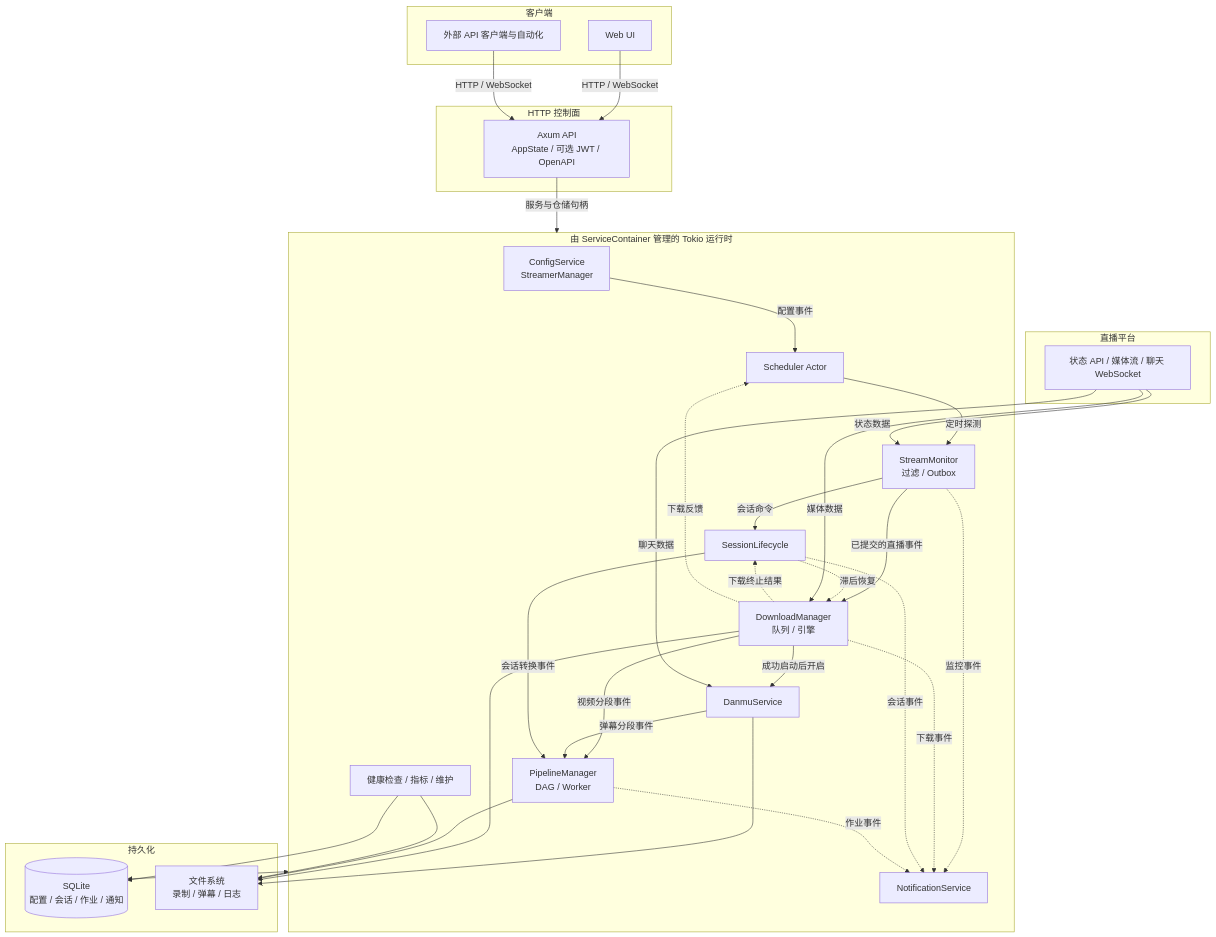
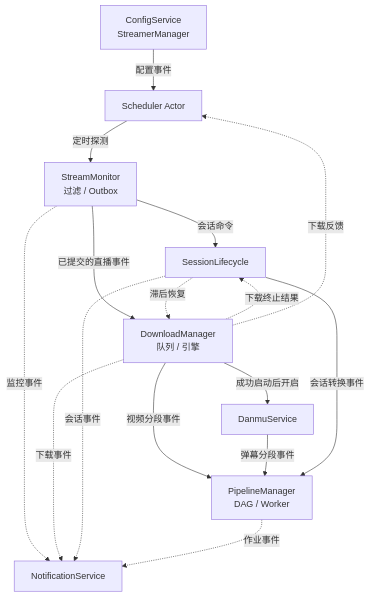
Before and after one commit to hua0512/rust-srec: the second of 4 diagrams in rust-srec/docs/zh/development/architecture.md, drawn with Mermaid. The commit also changed 3 other files, not shown here.

First line of the commit message:
docs: make large Mermaid diagrams readable

````diff
--- a/rust-srec/docs/zh/development/architecture.md
+++ b/rust-srec/docs/zh/development/architecture.md
@@ -7,64 +40,28 @@
 ```mermaid
 flowchart TB
-  subgraph Clients["客户端"]
-    FE["Web UI"]
-    EXT["外部 API 客户端与自动化"]
-  end
-
-  subgraph Control["HTTP 控制面"]
-    API["Axum API<br/>AppState / 可选 JWT / OpenAPI"]
-  end
-
-  subgraph Runtime["由 ServiceContainer 管理的 Tokio 运行时"]
-    CFG["ConfigService<br/>StreamerManager"]
-    SCH["Scheduler Actor"]
-    MON["StreamMonitor<br/>过滤 / Outbox"]
-    SESS["SessionLifecycle"]
-    DL["DownloadManager<br/>队列 / 引擎"]
-    DM["DanmuService"]
-    PL["PipelineManager<br/>DAG / Worker"]
-    NOTI["NotificationService"]
-    OPS["健康检查 / 指标 / 维护"]
-  end
-
-  subgraph Sources["直播平台"]
-    SRC["状态 API / 媒体流 / 聊天 WebSocket"]
-  end
-
-  subgraph Storage["持久化"]
-    DB[("SQLite<br/>配置 / 会话 / 作业 / 通知")]
-    FS["文件系统<br/>录制 / 弹幕 / 日志"]
-  end
-
-  FE -->|"HTTP / WebSocket"| API
-  EXT -->|"HTTP / WebSocket"| API
-  API -->|"服务与仓储句柄"| Runtime
+  CFG["ConfigService<br/>StreamerManager"]
+  SCH["Scheduler Actor"]
+  MON["StreamMonitor<br/>过滤 / Outbox"]
+  SESS["SessionLifecycle"]
+  DL["DownloadManager<br/>队列 / 引擎"]
+  DM["DanmuService"]
+  PL["PipelineManager<br/>DAG / Worker"]
+  NOTI["NotificationService"]
 
   CFG -->|"配置事件"| SCH
   SCH -->|"定时探测"| MON
   MON -->|"会话命令"| SESS
   MON -->|"已提交的直播事件"| DL
   DL -->|"成功启动后开启"| DM
   DL -->|"视频分段事件"| PL
   DM -->|"弹幕分段事件"| PL
   SESS -->|"会话转换事件"| PL
   SESS -.->|"滞后恢复"| DL
   DL -.->|"下载终止结果"| SESS
   DL -.->|"下载反馈"| SCH
 
   MON -.->|"监控事件"| NOTI
   DL -.->|"下载事件"| NOTI
   SESS -.->|"会话事件"| NOTI
   PL -.->|"作业事件"| NOTI
-
-  SRC -->|"状态数据"| MON
-  SRC -->|"媒体数据"| DL
-  SRC -->|"聊天数据"| DM
-
-  DM --> FS
-  DL --> FS
-  PL --> FS
-  Runtime <--> DB
-  OPS --> DB
-  OPS --> FS
 ```
````
